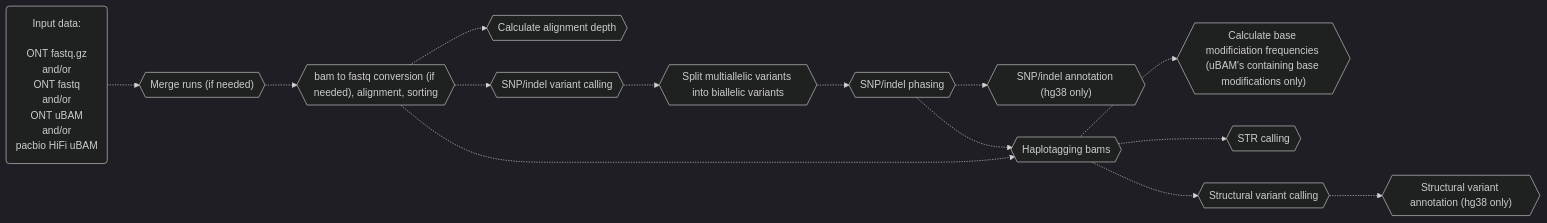
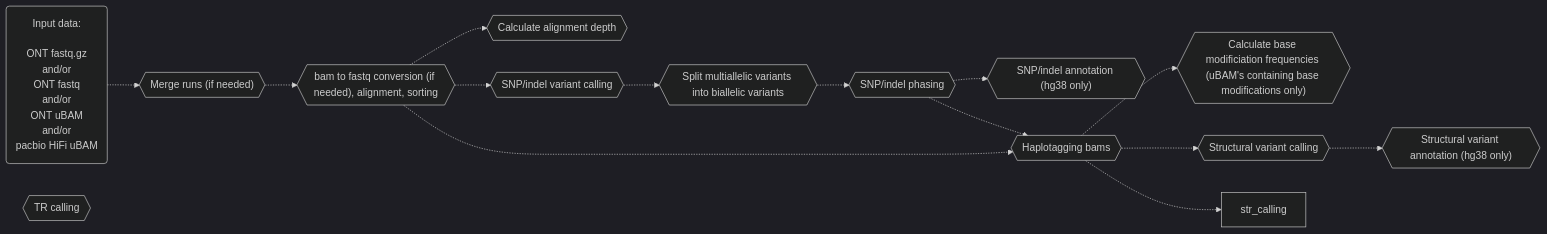
One commit to leahkemp/pipeface changed the first of 3 diagrams in README.md. Above: the diagram before and after it, drawn with Mermaid. The commit also changed other lines of this file, not shown here.

````diff
--- a/README.md
+++ b/README.md
@@ -18,26 +18,26 @@
 ```mermaid
 %%{init: {'theme':'dark'}}%%
 flowchart LR
 
 input_data("Input data: <br><br> ONT fastq.gz <br> and/or <br> ONT fastq <br> and/or <br> ONT uBAM <br> and/or <br> pacbio HiFi uBAM")
 merging{{"Merge runs (if needed)"}}
 alignment{{"bam to fastq conversion (if needed), alignment, sorting"}}
 depth{{"Calculate alignment depth"}}
 snp_indel_calling{{"SNP/indel variant calling"}}
 split_multiallele{{"Split multiallelic variants into biallelic variants"}}
 snp_indel_phasing{{"SNP/indel phasing"}}
 snp_indel_annotation{{"SNP/indel annotation (hg38 only)"}}
 haplotagging{{"Haplotagging bams"}}
 calculate_base_mod_freqs{{"Calculate base modificiation frequencies (uBAM's containing base modifications only)"}}
-str_calling{{"STR calling"}}
+tr_calling{{"TR calling"}}
 sv_calling{{"Structural variant calling"}}
 sv_annotation{{"Structural variant annotation (hg38 only)"}}
 
 input_data-.->merging-.->alignment-.->snp_indel_calling-.->split_multiallele-.->snp_indel_phasing-.->haplotagging-.->sv_calling
 alignment-.->depth
 alignment-.->haplotagging
 haplotagging-.->calculate_base_mod_freqs
 haplotagging-.->str_calling
 snp_indel_phasing-.->snp_indel_annotation
 sv_calling-.->sv_annotation
 ```
````
